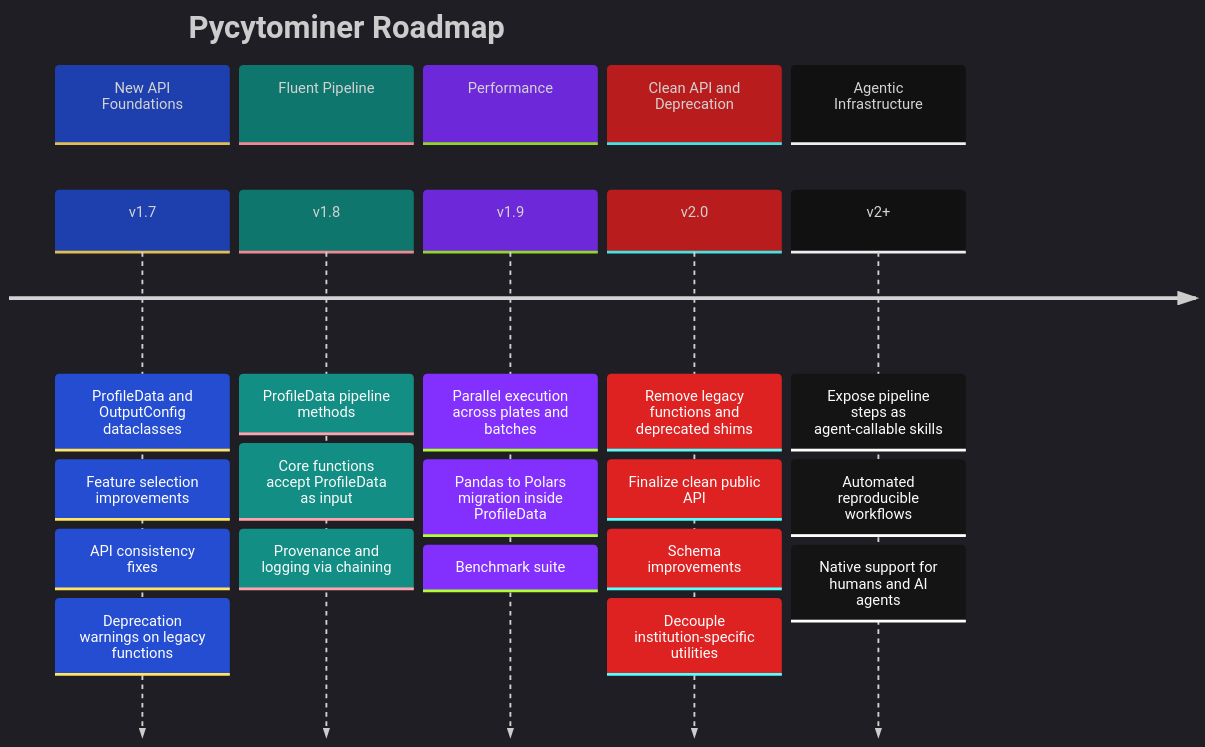
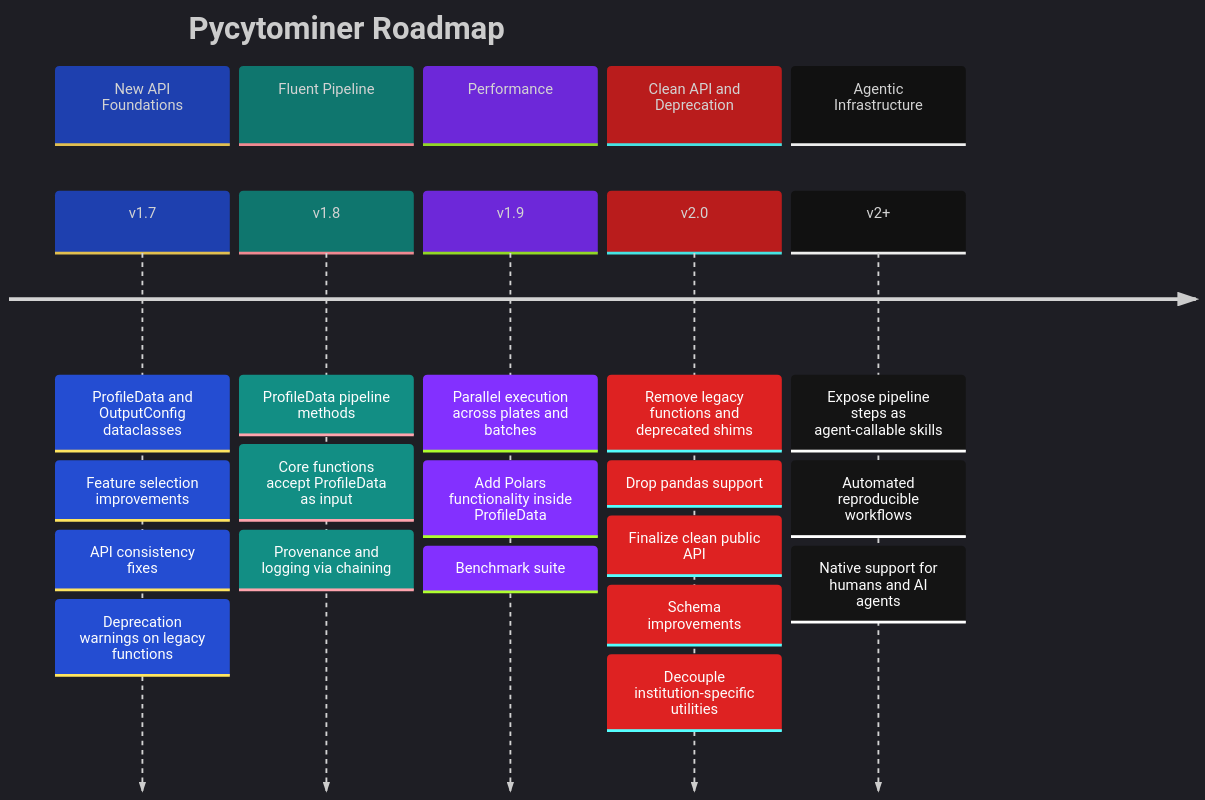
One commit to cytomining/pycytominer changed the diagram in ROADMAP.md. Above: the diagram before and after it, drawn with Mermaid. The commit also changed other lines of this file, not shown here.

````diff
--- a/ROADMAP.md
+++ b/ROADMAP.md
@@ -6,27 +6,28 @@
 ```mermaid
 %%{init: {'theme': 'dark', 'themeVariables': {'cScale0': '#1e40af', 'cScale1': '#0f766e', 'cScale2': '#6d28d9', 'cScale3': '#b91c1c', 'cScale4': '#111111'}}}%%
 timeline
     title Pycytominer Roadmap
     section New API Foundations
         v1.7 : ProfileData and OutputConfig dataclasses
              : Feature selection improvements
              : API consistency fixes
              : Deprecation warnings on legacy functions
     section Fluent Pipeline
         v1.8 : ProfileData pipeline methods
              : Core functions accept ProfileData as input
              : Provenance and logging via chaining
     section Performance
         v1.9 : Parallel execution across plates and batches
-             : Pandas to Polars migration inside ProfileData
+             : Add Polars functionality inside ProfileData
              : Benchmark suite
     section Clean API and Deprecation
         v2.0 : Remove legacy functions and deprecated shims
+             : Drop pandas support
              : Finalize clean public API
              : Schema improvements
              : Decouple institution-specific utilities
     section Agentic Infrastructure
         v2+ : Expose pipeline steps as agent-callable skills
             : Automated reproducible workflows
             : Native support for humans and AI agents
 ```
````
